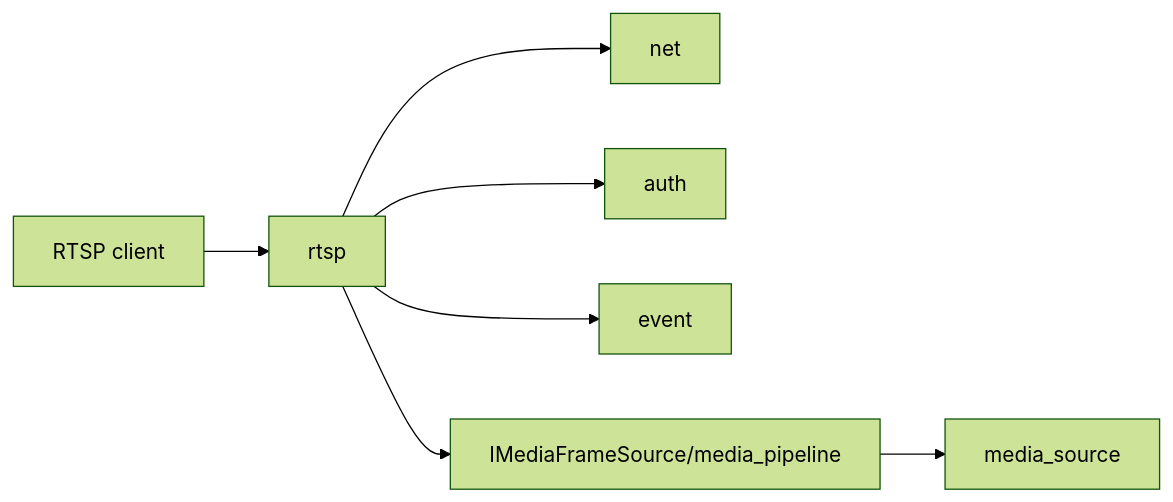
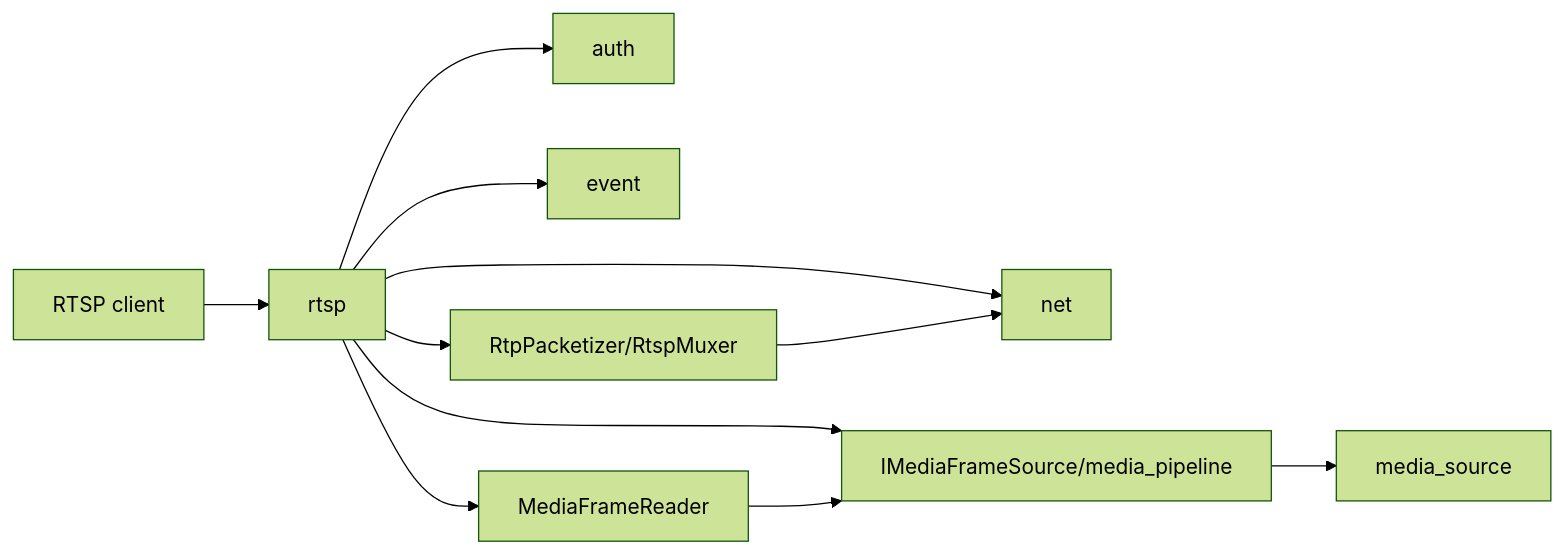
Before and after one commit to 373699756/live_stream: the diagram in docs/libs/rtsp.md, drawn with Mermaid (forest theme). The commit also changed other lines of this file and 16 other files, not shown here.

````diff
--- a/docs/libs/rtsp.md
+++ b/docs/libs/rtsp.md
@@ -14,9 +15,13 @@
 ```mermaid
 flowchart LR
   Client[RTSP client] --> RTSP[rtsp]
   RTSP --> Net[net]
   RTSP --> Auth[auth]
   RTSP --> Events[event]
+  RTSP --> Reader[MediaFrameReader]
+  RTSP --> Mux[RtpPacketizer/RtspMuxer]
   RTSP --> Source[IMediaFrameSource/media_pipeline]
+  Reader --> Source
+  Mux --> Net
   Source --> Media[media_source]
 ```
````
